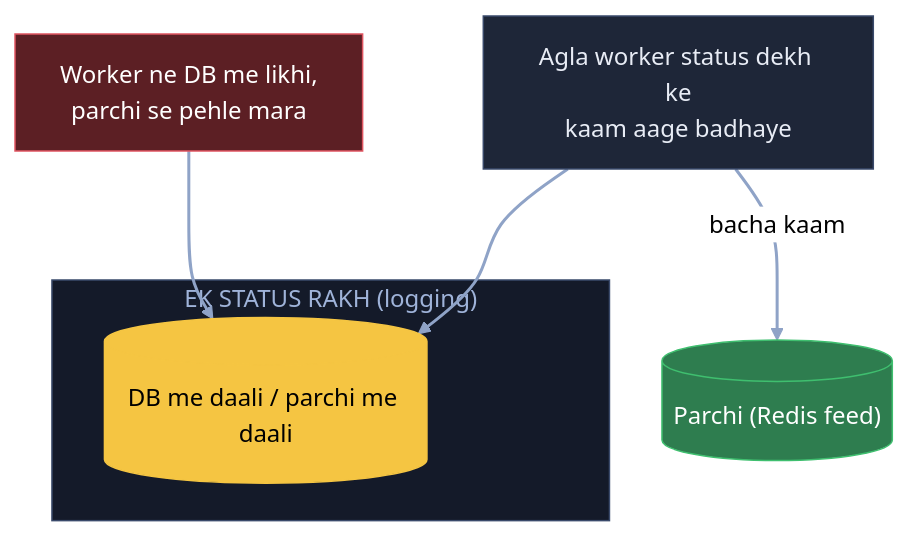
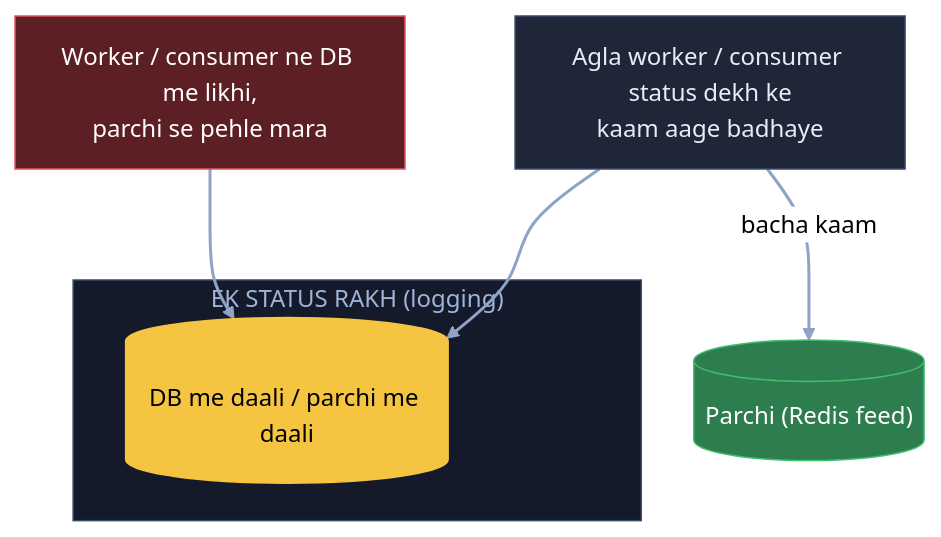
Diagram 11 of 11 in 04_HLD/SYSTEM_DESIGNS/08_news_aggregator/08_news_aggregator.md (ArpanMaheshwari144/Prep), drawn with Mermaid (neutral theme) before and after one commit. The commit also changed other lines of this file and 29 other files, not shown here.

Commit message:
HLD: worker -> worker / consumer har jagah (Arpan ke 'Arpan:' shabd chhod ke); Foundations 07 pehla hissa tube + stadium

````diff
--- a/04_HLD/SYSTEM_DESIGNS/08_news_aggregator/08_news_aggregator.md
+++ b/04_HLD/SYSTEM_DESIGNS/08_news_aggregator/08_news_aggregator.md
@@ -335,18 +335,18 @@
 ```mermaid
 flowchart TB
-    W1["Worker ne DB me likhi,<br/>parchi se pehle mara"]:::bad
+    W1["Worker / consumer ne DB me likhi,<br/>parchi se pehle mara"]:::bad
     subgraph ST["EK STATUS RAKH (logging)"]
         D[("DB me daali / parchi me daali")]:::pill
     end
-    W2["Agla worker status dekh ke<br/>kaam aage badhaye"]:::card
+    W2["Agla worker / consumer status dekh ke<br/>kaam aage badhaye"]:::card
     P[("Parchi (Redis feed)")]:::good
     W1 --> D
     W2 --> D
     W2 -- "bacha kaam" --> P
     linkStyle default stroke:#8fa3c7,stroke-width:2px
     classDef card fill:#1e2638,stroke:#3a4a6b,color:#e8ecf5
     classDef pill fill:#f5c542,stroke:#f5c542,color:#000
     classDef good fill:#2e7d4f,stroke:#3fbf6f,color:#fff
     classDef bad fill:#5c1f24,stroke:#e05561,color:#fff
     style ST fill:#141a29,stroke:#3a4a6b,color:#9fb3d9
 ```
````
